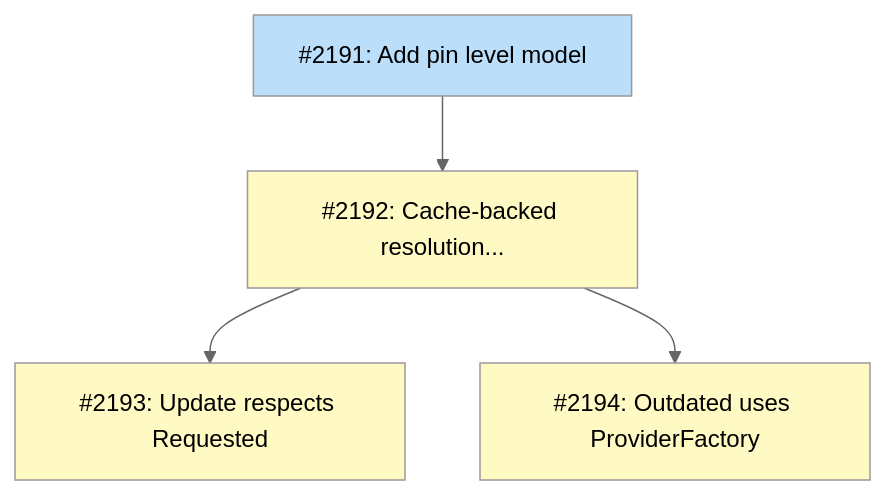
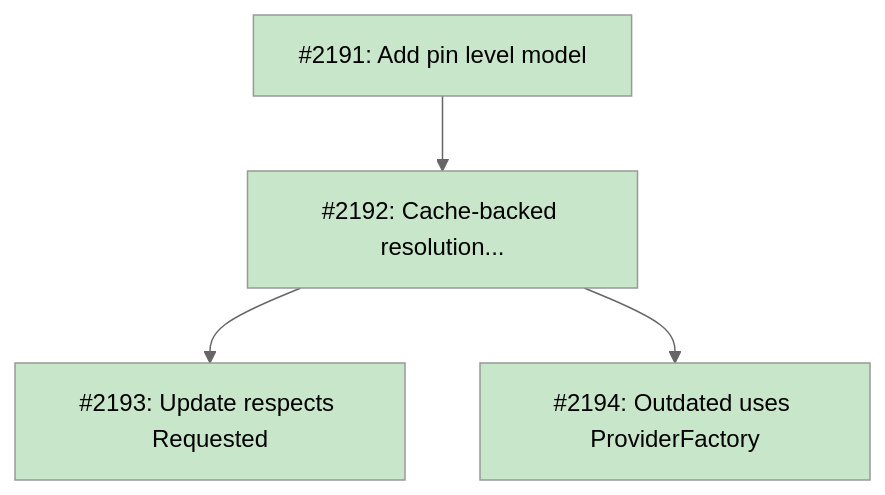
Before and after one commit to tsukumogami/tsuku: the diagram in docs/designs/current/DESIGN-channel-aware-resolution.md, drawn with Mermaid (neutral theme). The commit also changed other lines of this file, not shown here.

Commit message:
docs(design): mark all implementation issues as done

````diff
--- a/docs/designs/current/DESIGN-channel-aware-resolution.md
+++ b/docs/designs/current/DESIGN-channel-aware-resolution.md
@@ -48,19 +48,18 @@
 ```mermaid
 graph TD
     I2191["#2191: Add pin level model"]
     I2192["#2192: Cache-backed resolution..."]
     I2193["#2193: Update respects Requested"]
     I2194["#2194: Outdated uses ProviderFactory"]
 
     I2191 --> I2192
     I2192 --> I2193
     I2192 --> I2194
 
     classDef done fill:#c8e6c9
     classDef ready fill:#bbdefb
     classDef blocked fill:#fff9c4
     classDef needsDesign fill:#e1bee7
 
-    class I2191 ready
-    class I2192,I2193,I2194 blocked
+    class I2191,I2192,I2193,I2194 done
 ```
````
